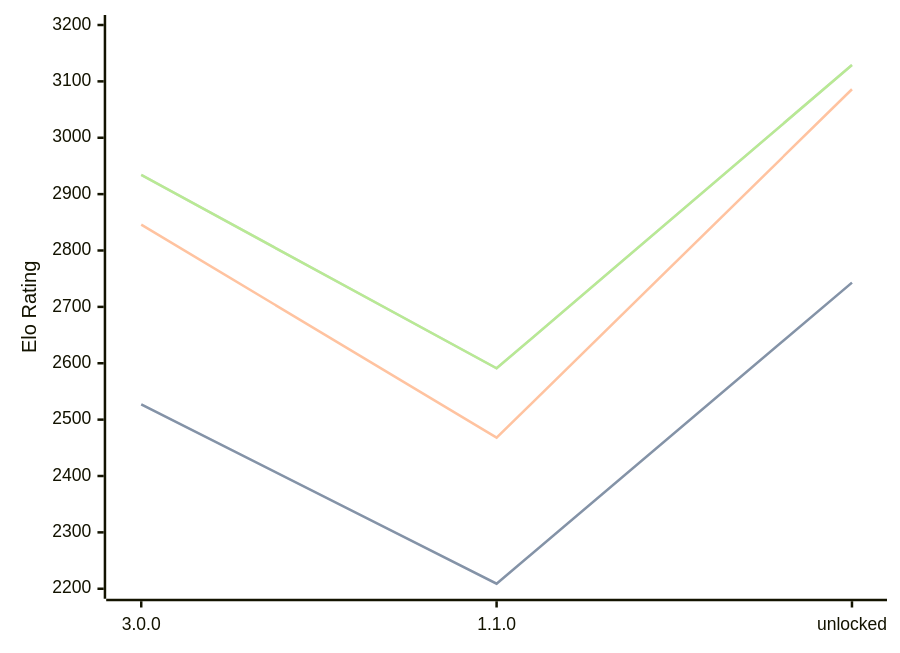
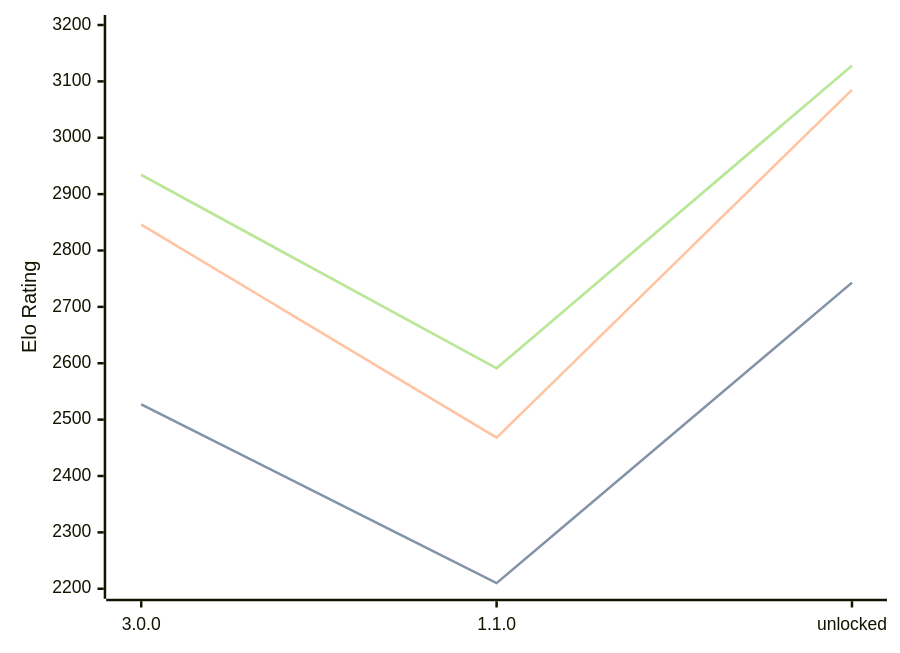
Before and after one commit to computer-chess-index/cci: the diagram in engines/Potential.md, drawn with Mermaid. The commit also changed other lines of this file, not shown here.

Commit message:
Update CCI Ratings (ELO VLTC) - 2026-08-07

````diff
--- a/engines/Potential.md
+++ b/engines/Potential.md
@@ -33,11 +33,11 @@
 ```mermaid
 %%{init: {"theme":"base","themeVariables":{"seriesColors:['#a3a3a3','#222221','#faa371']}}}%%
 xychart-beta
   x-axis ["3.0.0", "1.1.0", "unlocked"]
   y-axis "Elo Rating" 2200 --> 3200
-  line "STC (8.0+0.08s)" [2527, 2209, 2743]
-  line "STC (8.0+0.08s)" [2527, 2209, 2743]
-  line "LTC (60.0+0.60s)" [2846, 2468, 3086]
-  line "VLTC (2m24s+1.12s)" [2934, 2591, 3129]
-  line "VLTC (2m24s+1.12s)" [2934, 2591, 3129]
+  line "STC (8.0+0.08s)" [2527, 2210, 2743]
+  line "STC (8.0+0.08s)" [2527, 2210, 2743]
+  line "LTC (60.0+0.60s)" [2846, 2468, 3085]
+  line "VLTC (2m24s+1.12s)" [2934, 2591, 3128]
+  line "VLTC (2m24s+1.12s)" [2934, 2591, 3128]
 ```
````
